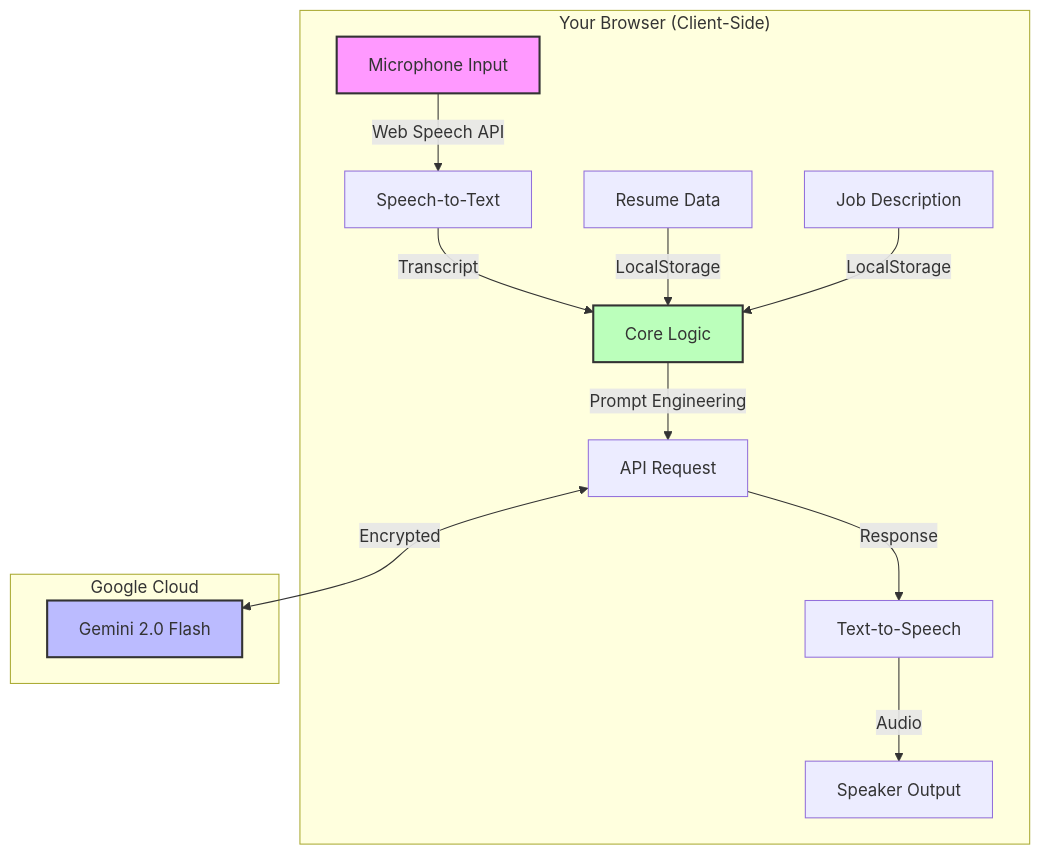
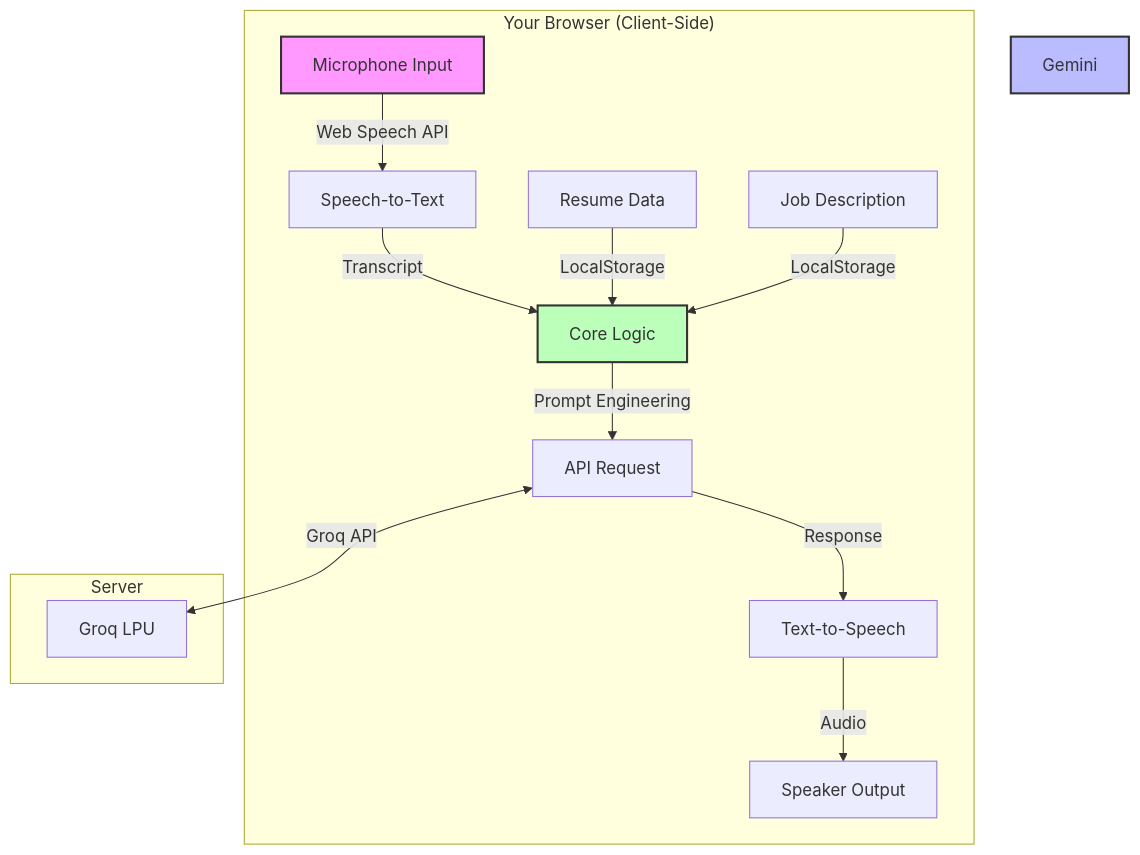
Before and after one commit to ziademad02153/ZEDX-AI-Assistant: the first of 2 diagrams in README.md, drawn with Mermaid. The commit also changed other lines of this file and 15 other files, not shown here.

Commit message:
Migrate to server-side Groq AI - remove old API key system and unused files

````diff
--- a/README.md
+++ b/README.md
@@ -29,23 +29,23 @@
 ```mermaid
 graph TD
     subgraph "Your Browser (Client-Side)"
         Mic[Microphone Input] -->|Web Speech API| STT[Speech-to-Text]
         STT -->|Transcript| Logic[Core Logic]
         
         Resume[Resume Data] -->|LocalStorage| Logic
         JD[Job Description] -->|LocalStorage| Logic
         
         Logic -->|Prompt Engineering| API_Call[API Request]
         
         API_Call -->|Response| TTS[Text-to-Speech]
         TTS -->|Audio| Speaker[Speaker Output]
     end
     
-    subgraph "Google Cloud"
-        API_Call <-->|Encrypted| Gemini[Gemini 2.0 Flash]
+    subgraph "Server"
+        API_Call <-->|Groq API| Groq[Groq LPU]
     end
     
     style Mic fill:#f9f,stroke:#333,stroke-width:2px
     style Gemini fill:#bbf,stroke:#333,stroke-width:2px
     style Logic fill:#bfb,stroke:#333,stroke-width:2px
 ```
````
